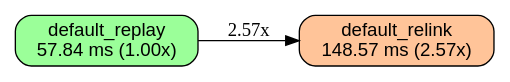
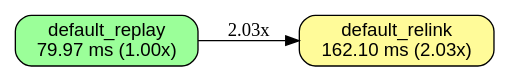
Before and after one commit to orgrinrt/hilavitkutin: the diagram in docs/BENCHES.link-static.dev_n25.linux-x86_64-c4-container-intel.dot, drawn with Graphviz. The commit also changed 5 other files, not shown here.

```diff
--- a/docs/BENCHES.link-static.dev_n25.linux-x86_64-c4-container-intel.dot
+++ b/docs/BENCHES.link-static.dev_n25.linux-x86_64-c4-container-intel.dot
@@ -1,14 +1,14 @@
 // AUTO-GENERATED: DO NOT EDIT DIRECTLY
 //
 // Generated by: mockspace (mock)
-// Generated at: 2026-11-16T08:49:46Z
+// Generated at: 2026-11-19T14:01:35Z
 // Source: mock/
 // To regenerate: cargo mock
 
 digraph "link-static/dev_n25 on linux-x86_64-c4-container-intel" {
   rankdir=LR;
   node [shape=box, style="rounded,filled", fontname="Helvetica"];
-  v0 [label="default_replay\n57.84 ms (1.00x)", fillcolor="0.330 0.4 1.0"];
-  v1 [label="default_relink\n148.57 ms (2.57x)", fillcolor="0.071 0.4 1.0"];
-  v0 -> v1 [label="2.57x"];
+  v0 [label="default_replay\n79.97 ms (1.00x)", fillcolor="0.330 0.4 1.0"];
+  v1 [label="default_relink\n162.10 ms (2.03x)", fillcolor="0.161 0.4 1.0"];
+  v0 -> v1 [label="2.03x"];
 }
```
